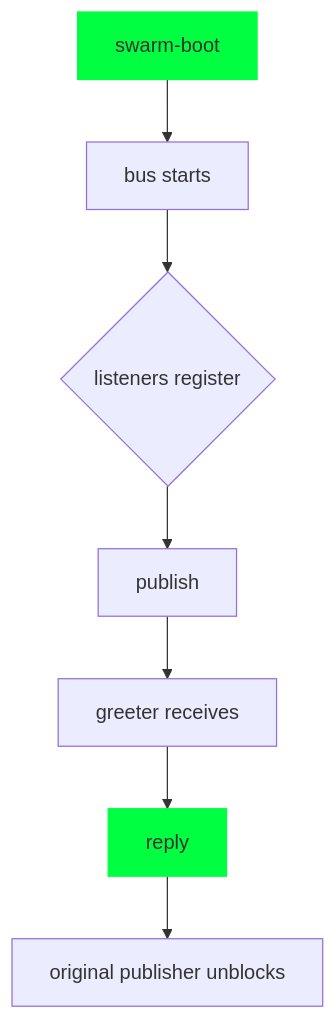
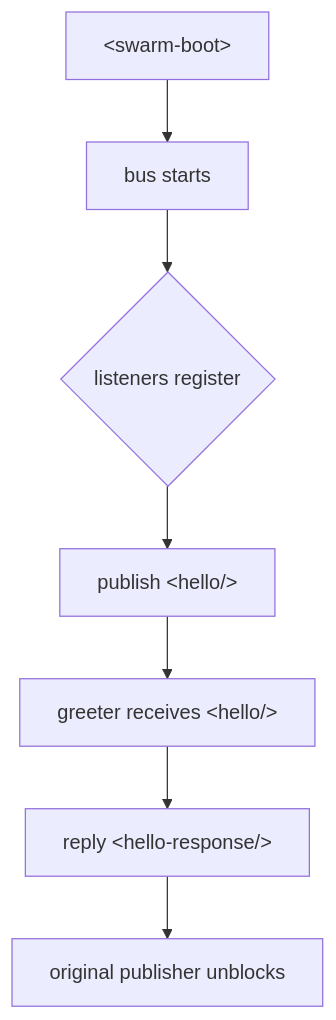
One commit to algsoch/Xml-pipeline changed the diagram in README.md. Above: the diagram before and after it, drawn with Mermaid.

Commit message:
Fix markdown syntax in README flowchart

````diff
--- a/README.md
+++ b/README.md
@@ -49,11 +49,9 @@
 ```mermaid
 flowchart TD
-    A[swarm-boot] --> B[bus starts]
+    A[&lt;swarm-boot&gt;] --> B[bus starts]
     B --> C{listeners register}
-    C --> D[publish <hello/>]
-    D --> E[greeter receives]
-    E --> F[reply <hello-response/>]
+    C --> D[publish &lt;hello/&gt;]
+    D --> E[greeter receives &lt;hello/&gt;]
+    E --> F[reply &lt;hello-response/&gt;]
     F --> G[original publisher unblocks]
-    style A fill:#00ff41,stroke:#00ff41
-    style F fill:#00ff41,stroke:#00ff41
 ```
````
